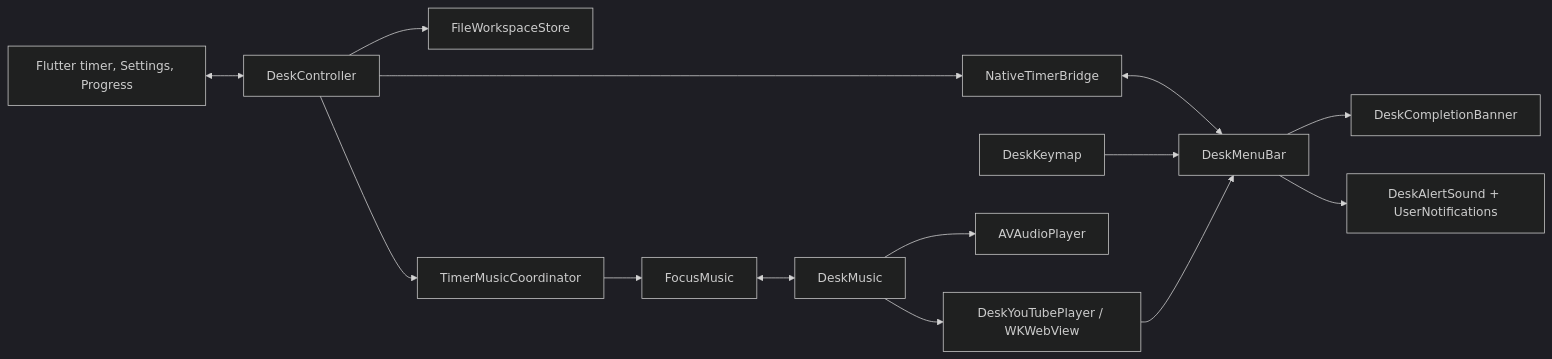
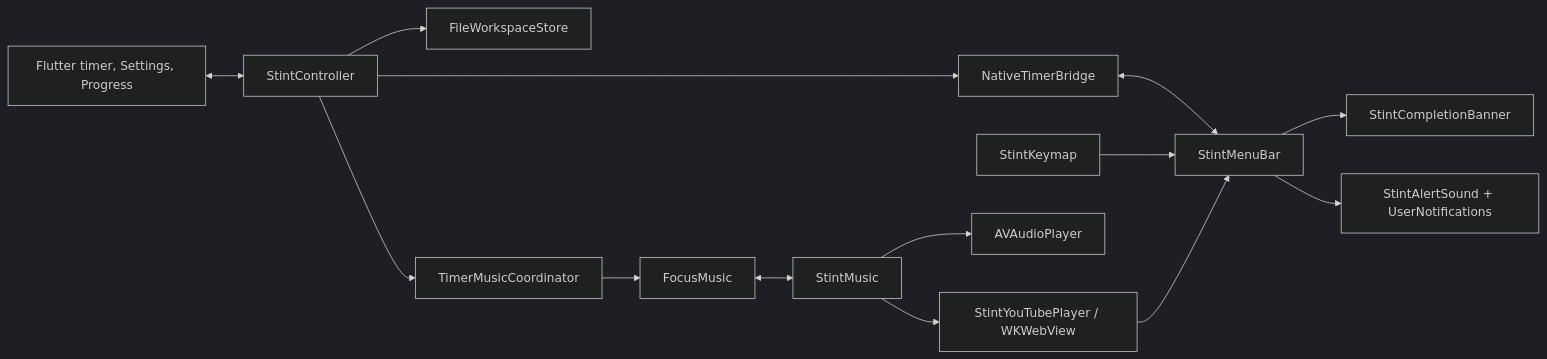
One commit to albert2704/stint changed the diagram in docs/architecture.md. Above: the diagram before and after it, drawn with Mermaid (dark theme). The commit also changed other lines of this file and 10 other files, not shown here.

````diff
--- a/docs/architecture.md
+++ b/docs/architecture.md
@@ -9,16 +9,16 @@
 ```mermaid
 flowchart LR
-    UI[Flutter timer, Settings, Progress] <--> Controller[DeskController]
+    UI[Flutter timer, Settings, Progress] <--> Controller[StintController]
     Controller --> Store[FileWorkspaceStore]
     Controller --> Bridge[NativeTimerBridge]
-    Bridge <--> Menu[DeskMenuBar]
-    Menu --> Card[DeskCompletionBanner]
-    Menu --> Alerts[DeskAlertSound + UserNotifications]
-    Keys[DeskKeymap] --> Menu
+    Bridge <--> Menu[StintMenuBar]
+    Menu --> Card[StintCompletionBanner]
+    Menu --> Alerts[StintAlertSound + UserNotifications]
+    Keys[StintKeymap] --> Menu
     Controller --> Coordinator[TimerMusicCoordinator]
     Coordinator --> Music[FocusMusic]
-    Music <--> NativeMusic[DeskMusic]
+    Music <--> NativeMusic[StintMusic]
     NativeMusic --> Audio[AVAudioPlayer]
-    NativeMusic --> YouTube[DeskYouTubePlayer / WKWebView]
+    NativeMusic --> YouTube[StintYouTubePlayer / WKWebView]
     YouTube --> Menu
 ```
````
